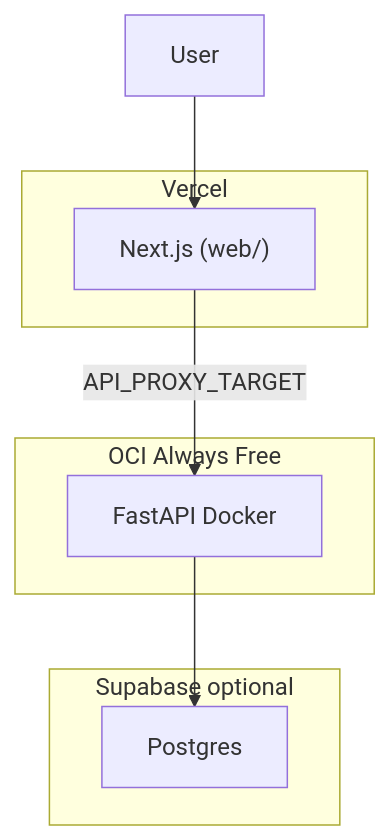
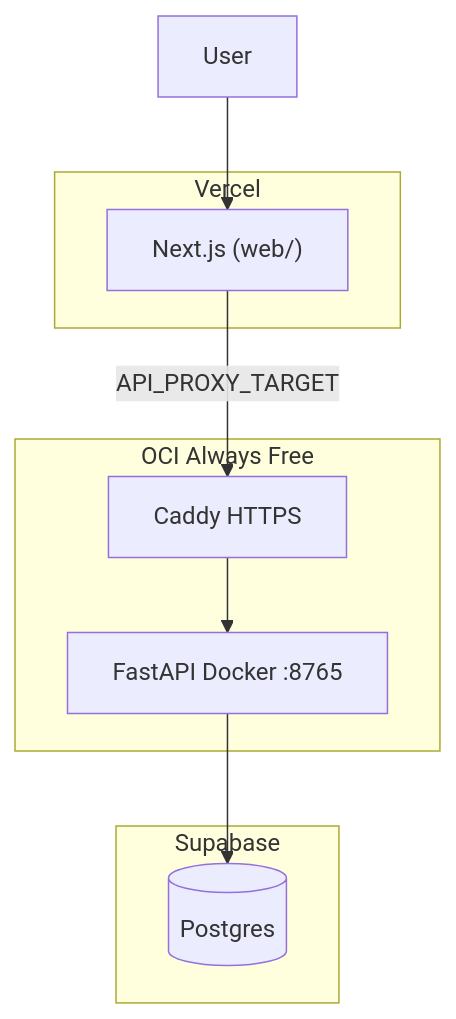
Before and after one commit to Sousa-16/PRAXISWeb: the diagram in DEPLOYMENT.md, drawn with Mermaid. The commit also changed other lines of this file and 2 other files, not shown here.

Commit message:
Trim deploy docs for DuckDNS+Caddy live stack

````diff
--- a/DEPLOYMENT.md
+++ b/DEPLOYMENT.md
@@ -7,15 +10,17 @@
 ```mermaid
 flowchart TB
   subgraph vercel [Vercel]
     NextApp["Next.js (web/)"]
   end
   subgraph oci [OCI Always Free]
-    API[FastAPI Docker]
+    Caddy[Caddy HTTPS]
+    API[FastAPI Docker :8765]
+    Caddy --> API
   end
-  subgraph supabase [Supabase optional]
-    PG[Postgres]
+  subgraph supabase [Supabase]
+    PG[(Postgres)]
   end
   User --> NextApp
-  NextApp -->|API_PROXY_TARGET| API
+  NextApp -->|API_PROXY_TARGET| Caddy
   API --> PG
 ```
````
